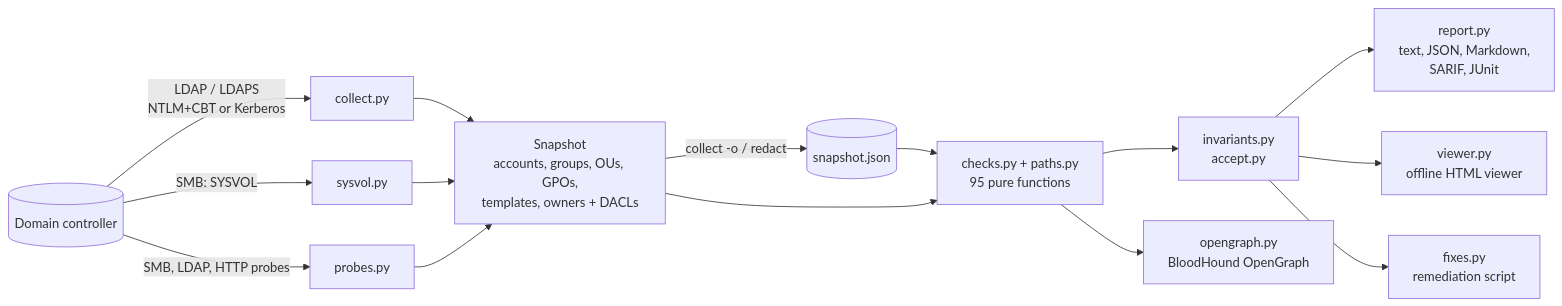
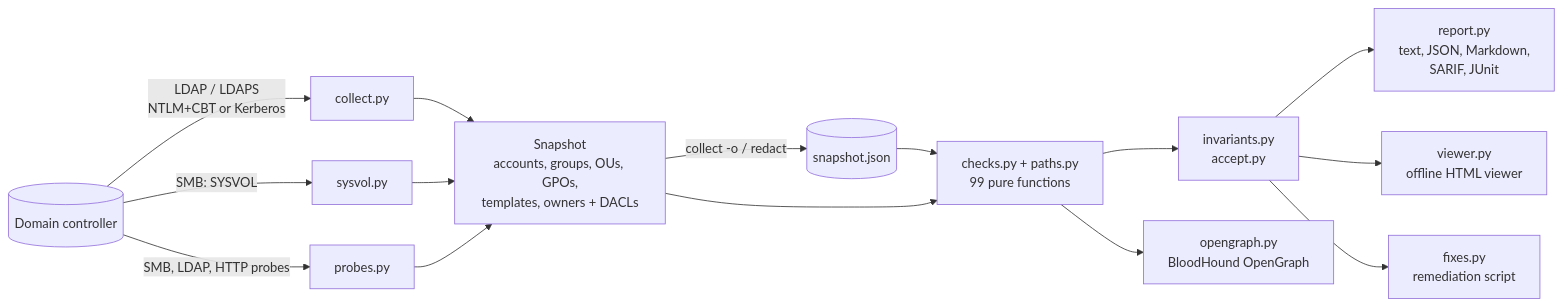
One commit to brkozer/ad-doctor changed the diagram in README.md. Above: the diagram before and after it, drawn with Mermaid. The commit also changed other lines of this file and 17 other files, not shown here.

````diff
--- a/README.md
+++ b/README.md
@@ -393,17 +398,17 @@
 ```mermaid
 flowchart LR
     DC[(Domain controller)] -- "LDAP / LDAPS<br/>NTLM+CBT or Kerberos" --> C[collect.py]
     DC -- "SMB: SYSVOL" --> V[sysvol.py]
     DC -- "SMB, LDAP, HTTP probes" --> P[probes.py]
     C --> S[Snapshot<br/>accounts, groups, OUs, GPOs,<br/>templates, owners + DACLs]
     V --> S
     P --> S
     S -- "collect -o / redact" --> F[(snapshot.json)]
     F --> A
-    S --> A[checks.py + paths.py<br/>95 pure functions]
+    S --> A[checks.py + paths.py<br/>99 pure functions]
     A --> I[invariants.py<br/>accept.py]
     I --> R[report.py<br/>text, JSON, Markdown,<br/>SARIF, JUnit]
     I --> W[viewer.py<br/>offline HTML viewer]
     I --> X[fixes.py<br/>remediation script]
     A --> O[opengraph.py<br/>BloodHound OpenGraph]
 ```
````
